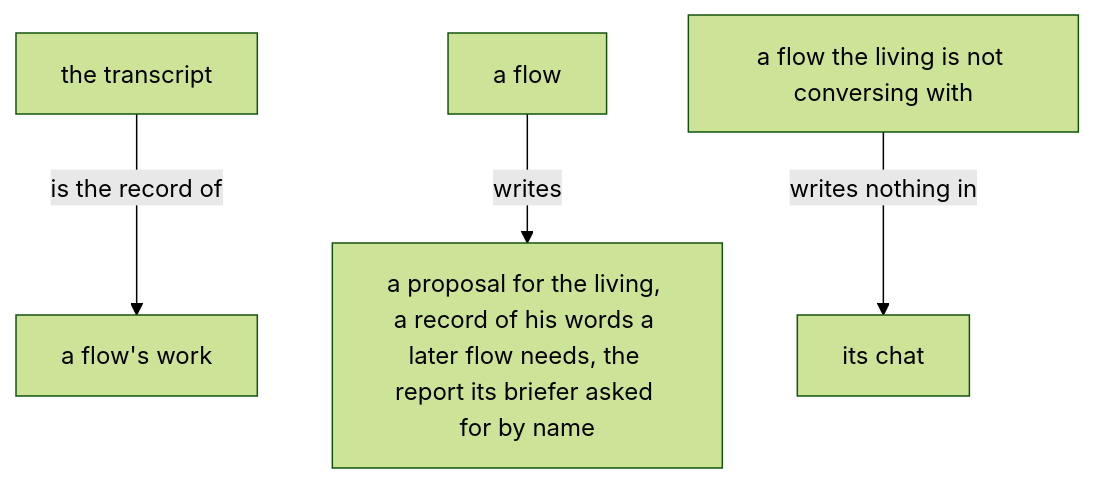
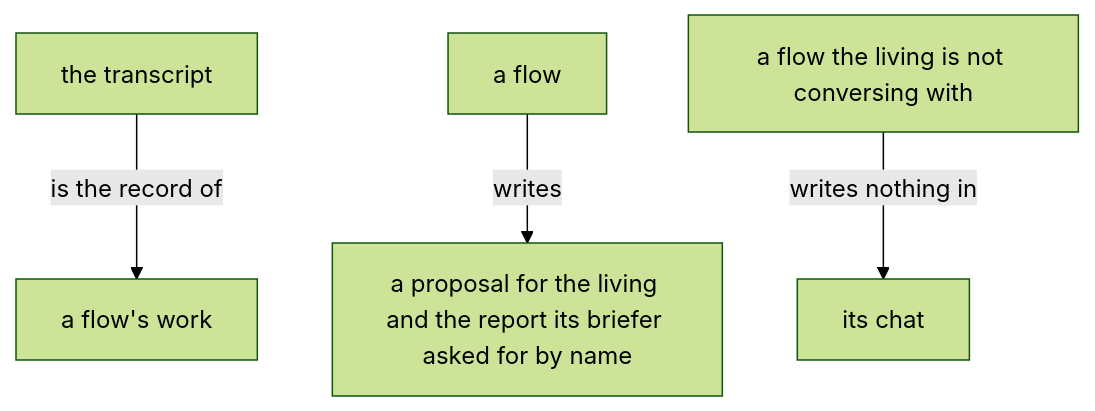
The diagram in intent/energy.md (LiGoldragon/psyche-belief), drawn with Mermaid (forest theme) before and after one commit. The commit also changed other lines of this file and 8 other files, not shown here.

First line of the commit message:
Remove every instruction to log the living's words

````diff
--- a/intent/energy.md
+++ b/intent/energy.md
@@ -14,6 +14,6 @@
 ```mermaid
 flowchart TB
     t["the transcript"] -- "is the record of" --> w["a flow's work"]
-    a2["a flow"] -- "writes" --> p["a proposal for the living, a record of his words a later flow needs, the report its briefer asked for by name"]
+    a2["a flow"] -- "writes" --> p["a proposal for the living and the report its briefer asked for by name"]
     a3["a flow the living is not conversing with"] -- "writes nothing in" --> c2["its chat"]
 ```
````
